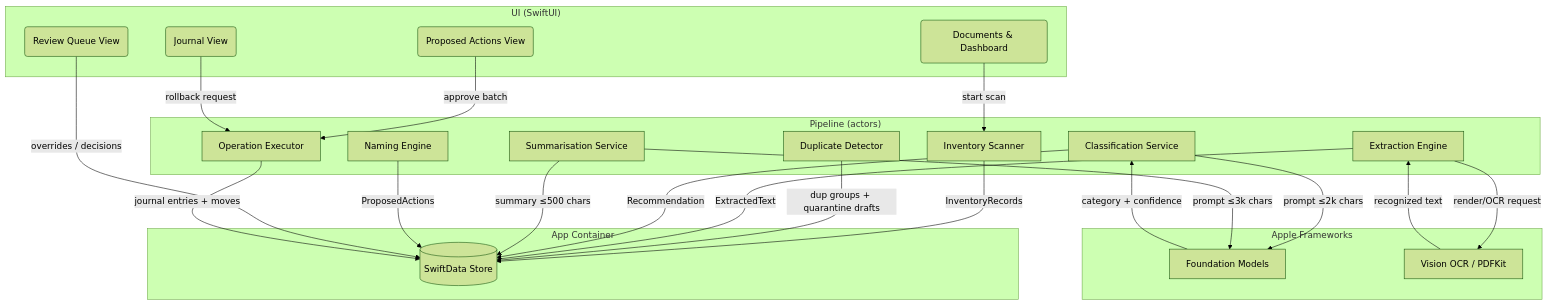
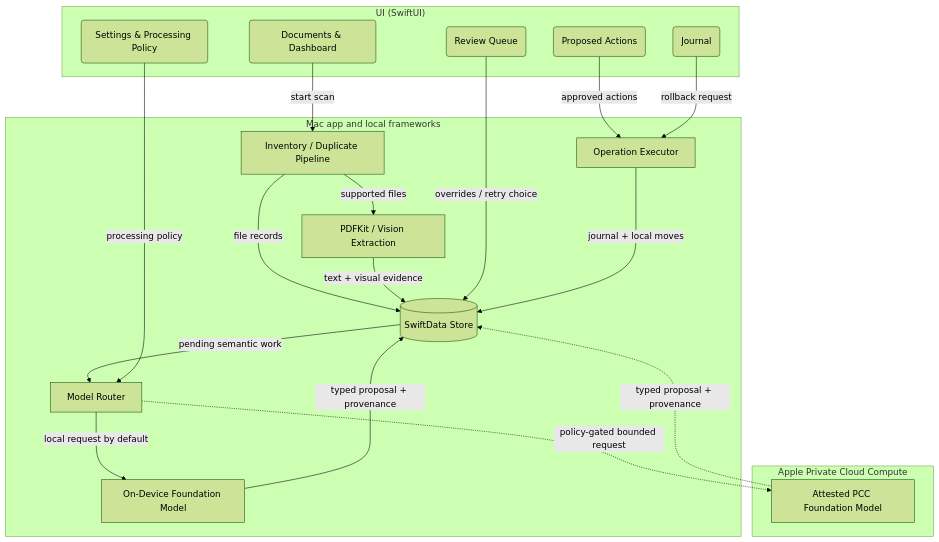
Before and after one commit to jeasmith/discovery: the diagram in .opal/specs/private-archive-organizer/design.md, drawn with Mermaid (forest theme). The commit also changed other lines of this file, not shown here.

Commit message:
Revise design for local-first PCC and multimodal routing

````diff
--- a/.opal/specs/private-archive-organizer/design.md
+++ b/.opal/specs/private-archive-organizer/design.md
@@ -118,45 +125,38 @@
 ```mermaid
 flowchart TD
     subgraph UI["UI (SwiftUI)"]
         DV(Documents & Dashboard)
-        RQ(Review Queue View)
-        PA(Proposed Actions View)
-        JV(Journal View)
+        RQ(Review Queue)
+        PA(Proposed Actions)
+        ST(Settings & Processing Policy)
+        JV(Journal)
     end
 
-    subgraph Pipeline["Pipeline (actors)"]
-        SC[Inventory Scanner]
-        DD[Duplicate Detector]
-        EX[Extraction Engine]
-        CL[Classification Service]
-        SM[Summarisation Service]
-        NM[Naming Engine]
+    subgraph Local["Mac app and local frameworks"]
+        SC[Inventory / Duplicate Pipeline]
+        EX[PDFKit / Vision Extraction]
+        MR[Model Router]
+        OD[On-Device Foundation Model]
         OE[Operation Executor]
-    end
-
-    subgraph System["Apple Frameworks"]
-        FM[Foundation Models]
-        VIS[Vision OCR / PDFKit]
-    end
-
-    subgraph Store["App Container"]
         DB[(SwiftData Store)]
     end
 
+    subgraph AppleCloud["Apple Private Cloud Compute"]
+        PCC[Attested PCC Foundation Model]
+    end
+
     DV -->|start scan| SC
-    SC -->|InventoryRecords| DB
-    DD -->|dup groups + quarantine drafts| DB
-    EX -->|render/OCR request| VIS
-    VIS -->|recognized text| EX
-    EX -->|ExtractedText| DB
-    CL -->|prompt ≤2k chars| FM
-    FM -->|category + confidence| CL
-    CL -->|Recommendation| DB
-    SM -->|prompt ≤3k chars| FM
-    SM -->|summary ≤500 chars| DB
-    NM -->|ProposedActions| DB
-    RQ -->|overrides / decisions| DB
-    PA -->|approve batch| OE
-    OE -->|journal entries + moves| DB
+    SC -->|file records| DB
+    SC -->|supported files| EX
+    EX -->|text + visual evidence| DB
+    DB -->|pending semantic work| MR
+    ST -->|processing policy| MR
+    MR -->|local request by default| OD
+    MR -.->|policy-gated bounded request| PCC
+    OD -->|typed proposal + provenance| DB
+    PCC -.->|typed proposal + provenance| DB
+    RQ -->|overrides / retry choice| DB
+    PA -->|approved actions| OE
+    OE -->|journal + local moves| DB
     JV -->|rollback request| OE
 ```
````
